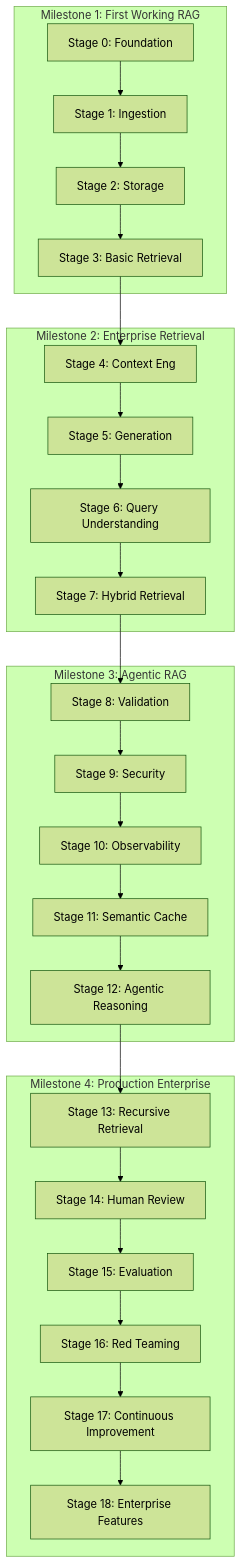
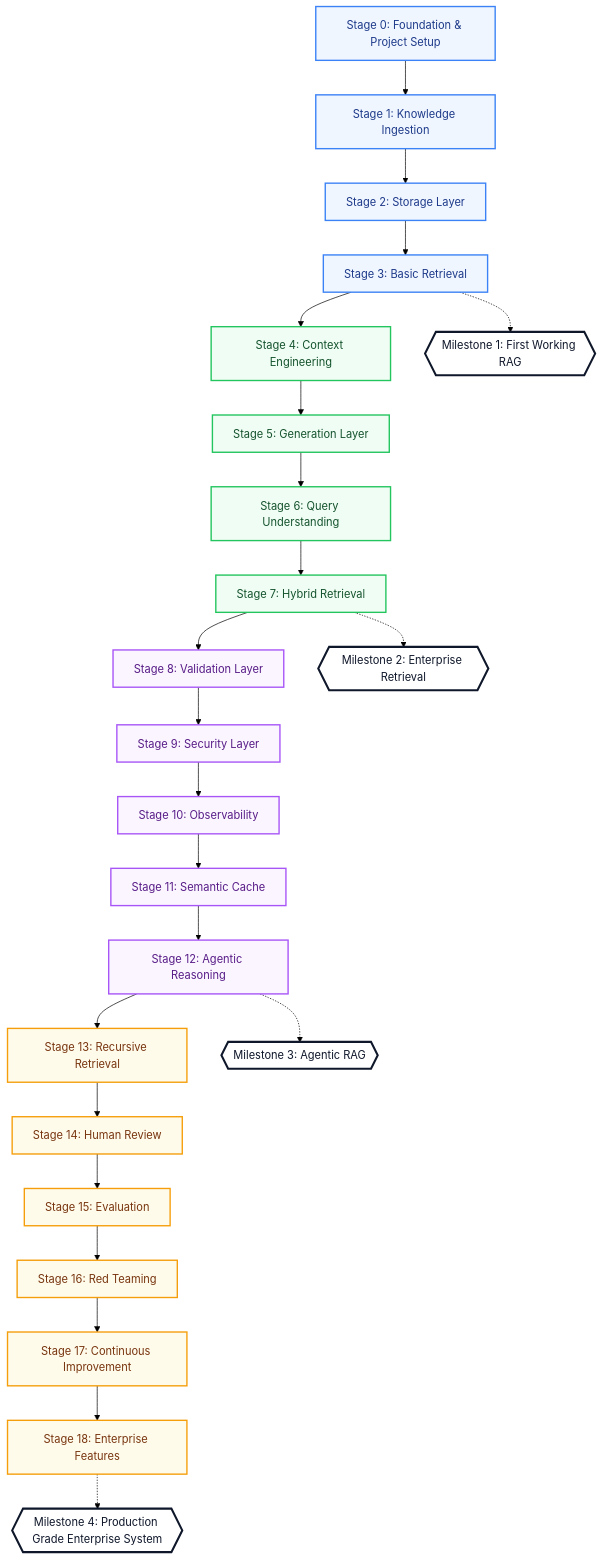
One commit to ntirth005/RAG2Prod changed the first of 12 diagrams in README.md. Above: the diagram before and after it, drawn with Mermaid (forest theme). The commit also changed other lines of this file, not shown here.

Commit message:
Readme updated

````diff
--- a/README.md
+++ b/README.md
@@ -8,32 +8,44 @@
 ```mermaid
 flowchart TD
-    subgraph M1["Milestone 1: First Working RAG"]
-        S0["Stage 0: Foundation"] --> S1["Stage 1: Ingestion"]
-        S1 --> S2["Stage 2: Storage"]
-        S2 --> S3["Stage 3: Basic Retrieval"]
-    end
+    S0["Stage 0: Foundation & Project Setup"]
+    S1["Stage 1: Knowledge Ingestion"]
+    S2["Stage 2: Storage Layer"]
+    S3["Stage 3: Basic Retrieval"]
+    S4["Stage 4: Context Engineering"]
+    S5["Stage 5: Generation Layer"]
+    S6["Stage 6: Query Understanding"]
+    S7["Stage 7: Hybrid Retrieval"]
+    S8["Stage 8: Validation Layer"]
+    S9["Stage 9: Security Layer"]
+    S10["Stage 10: Observability"]
+    S11["Stage 11: Semantic Cache"]
+    S12["Stage 12: Agentic Reasoning"]
+    S13["Stage 13: Recursive Retrieval"]
+    S14["Stage 14: Human Review"]
+    S15["Stage 15: Evaluation"]
+    S16["Stage 16: Red Teaming"]
+    S17["Stage 17: Continuous Improvement"]
+    S18["Stage 18: Enterprise Features"]
 
-    subgraph M2["Milestone 2: Enterprise Retrieval"]
-        S3 --> S4["Stage 4: Context Eng"]
-        S4 --> S5["Stage 5: Generation"]
-        S5 --> S6["Stage 6: Query Understanding"]
-        S6 --> S7["Stage 7: Hybrid Retrieval"]
-    end
+    S0 --> S1 --> S2 --> S3 --> S4 --> S5 --> S6 --> S7 --> S8 --> S9 --> S10 --> S11 --> S12 --> S13 --> S14 --> S15 --> S16 --> S17 --> S18
 
-    subgraph M3["Milestone 3: Agentic RAG"]
-        S7 --> S8["Stage 8: Validation"]
-        S8 --> S9["Stage 9: Security"]
-        S9 --> S10["Stage 10: Observability"]
-        S10 --> S11["Stage 11: Semantic Cache"]
-        S11 --> S12["Stage 12: Agentic Reasoning"]
-    end
+    %% Milestones branching off to the side
+    S3 -.-> M1{{"Milestone 1: First Working RAG"}}
+    S7 -.-> M2{{"Milestone 2: Enterprise Retrieval"}}
+    S12 -.-> M3{{"Milestone 3: Agentic RAG"}}
+    S18 -.-> M4{{"Milestone 4: Production Grade Enterprise System"}}
 
-    subgraph M4["Milestone 4: Production Enterprise"]
-        S12 --> S13["Stage 13: Recursive Retrieval"]
-        S13 --> S14["Stage 14: Human Review"]
-        S14 --> S15["Stage 15: Evaluation"]
-        S15 --> S16["Stage 16: Red Teaming"]
-        S16 --> S17["Stage 17: Continuous Improvement"]
-        S17 --> S18["Stage 18: Enterprise Features"]
-    end
+    %% Styling & Colors
+    classDef m1 fill:#eff6ff,stroke:#3b82f6,stroke-width:2px,color:#1e3a8a;
+    classDef m2 fill:#f0fdf4,stroke:#22c55e,stroke-width:2px,color:#14532d;
+    classDef m3 fill:#faf5ff,stroke:#a855f7,stroke-width:2px,color:#581c87;
+    classDef m4 fill:#fffbeb,stroke:#f59e0b,stroke-width:2px,color:#78350f;
+
+    class S0,S1,S2,S3 m1;
+    class S4,S5,S6,S7 m2;
+    class S8,S9,S10,S11,S12 m3;
+    class S13,S14,S15,S16,S17,S18 m4;
+
+    classDef milestoneNode fill:#ffffff,stroke:#0f172a,stroke-width:3px,color:#0f172a;
+    class M1,M2,M3,M4 milestoneNode;
 ```
````
